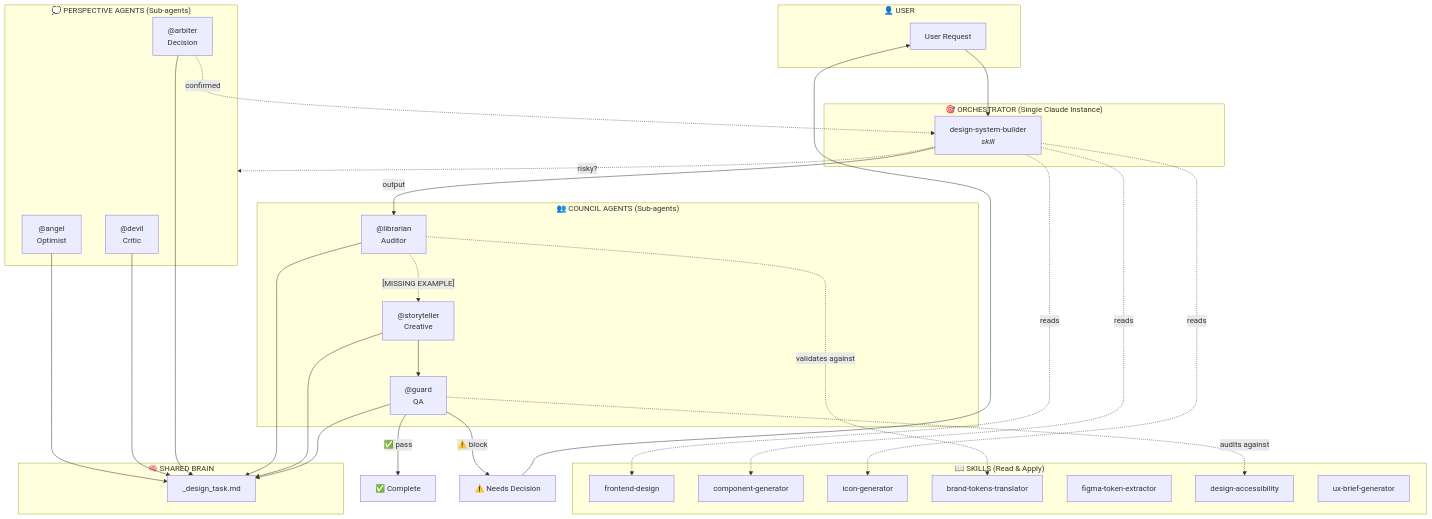
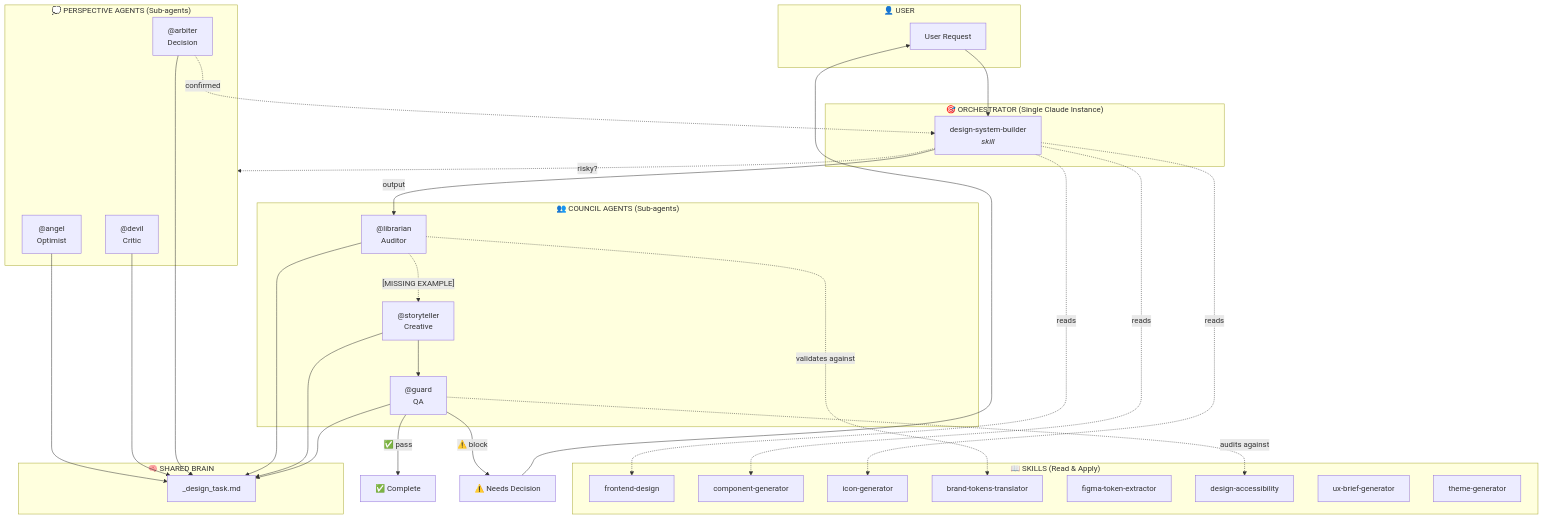
One commit to UXLana/Lumen changed the diagram in .claude/docs/agentic-architecture.md. Above: the diagram before and after it, drawn with Mermaid. The commit also changed other lines of this file and 23 other files, not shown here.

First line of the commit message:
feat: Add Chip, FullScreenModal components, RID theme, and theme generator

````diff
--- a/.claude/docs/agentic-architecture.md
+++ b/.claude/docs/agentic-architecture.md
@@ -12,59 +12,60 @@
 ```mermaid
 flowchart TB
     subgraph User["👤 USER"]
         U["User Request"]
     end
 
     subgraph Orchestration["🎯 ORCHESTRATOR (Single Claude Instance)"]
         B["design-system-builder<br/><i>skill</i>"]
     end
 
     subgraph Skills["📖 SKILLS (Read & Apply)"]
         FD["frontend-design"]
         CG["component-generator"]
         IG["icon-generator"]
         BT["brand-tokens-translator"]
         FTE["figma-token-extractor"]
         DA["design-accessibility"]
         UBG["ux-brief-generator"]
+        TG["theme-generator"]
     end
 
     subgraph Perspectives["💭 PERSPECTIVE AGENTS (Sub-agents)"]
         A["@angel<br/>Optimist"]
         D["@devil<br/>Critic"]
         R["@arbiter<br/>Decision"]
     end
 
     subgraph Council["👥 COUNCIL AGENTS (Sub-agents)"]
         L["@librarian<br/>Auditor"]
         S["@storyteller<br/>Creative"]
         G["@guard<br/>QA"]
     end
 
     subgraph State["🧠 SHARED BRAIN"]
         TF["_design_task.md"]
     end
 
     U --> B
     B -.->|"reads"| FD & CG & IG
     B -.->|"risky?"| Perspectives
 
     A --> TF
     D --> TF
     R --> TF
     R -.->|"confirmed"| B
 
     B -->|"output"| L
     L -.->|"validates against"| BT
     L --> TF
     L -.->|"[MISSING EXAMPLE]"| S
 
     S --> TF
     S --> G
 
     G -.->|"audits against"| DA
     G --> TF
     G -->|"✅ pass"| Complete["✅ Complete"]
     G -->|"⚠️ block"| Decision["⚠️ Needs Decision"]
     Decision --> U
 ```
````
